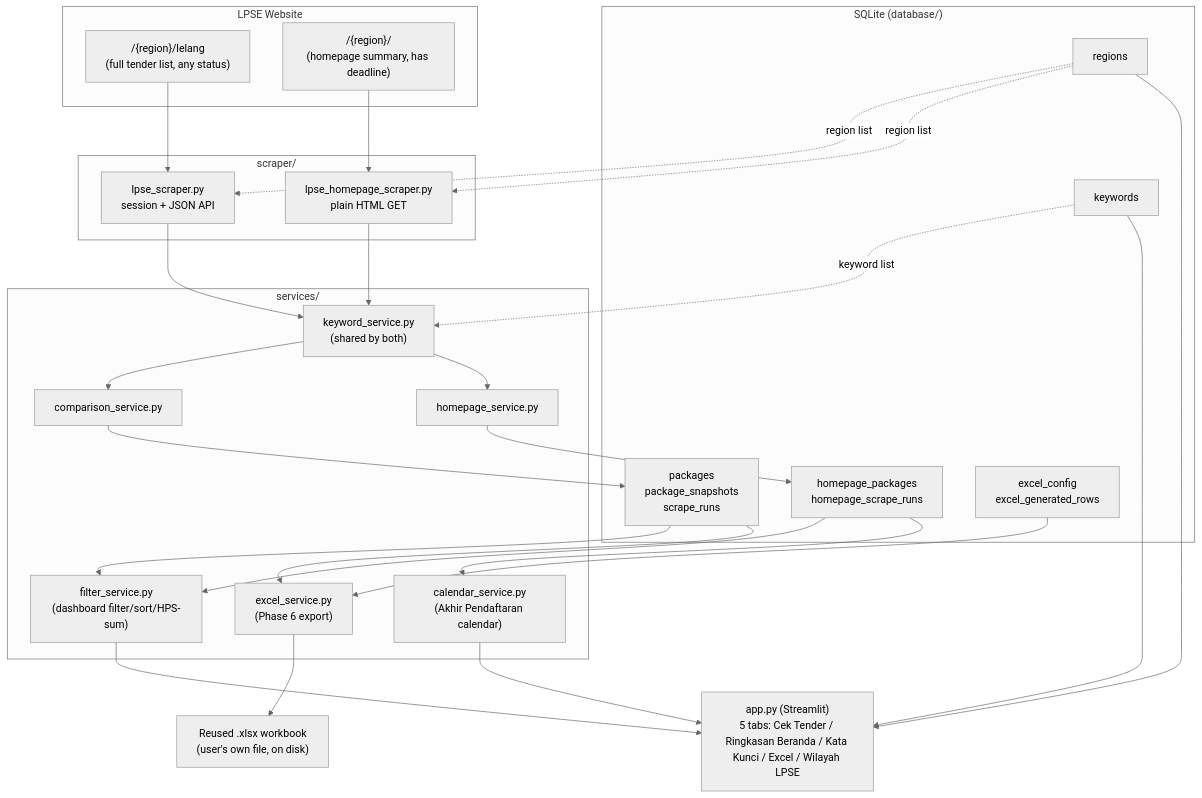
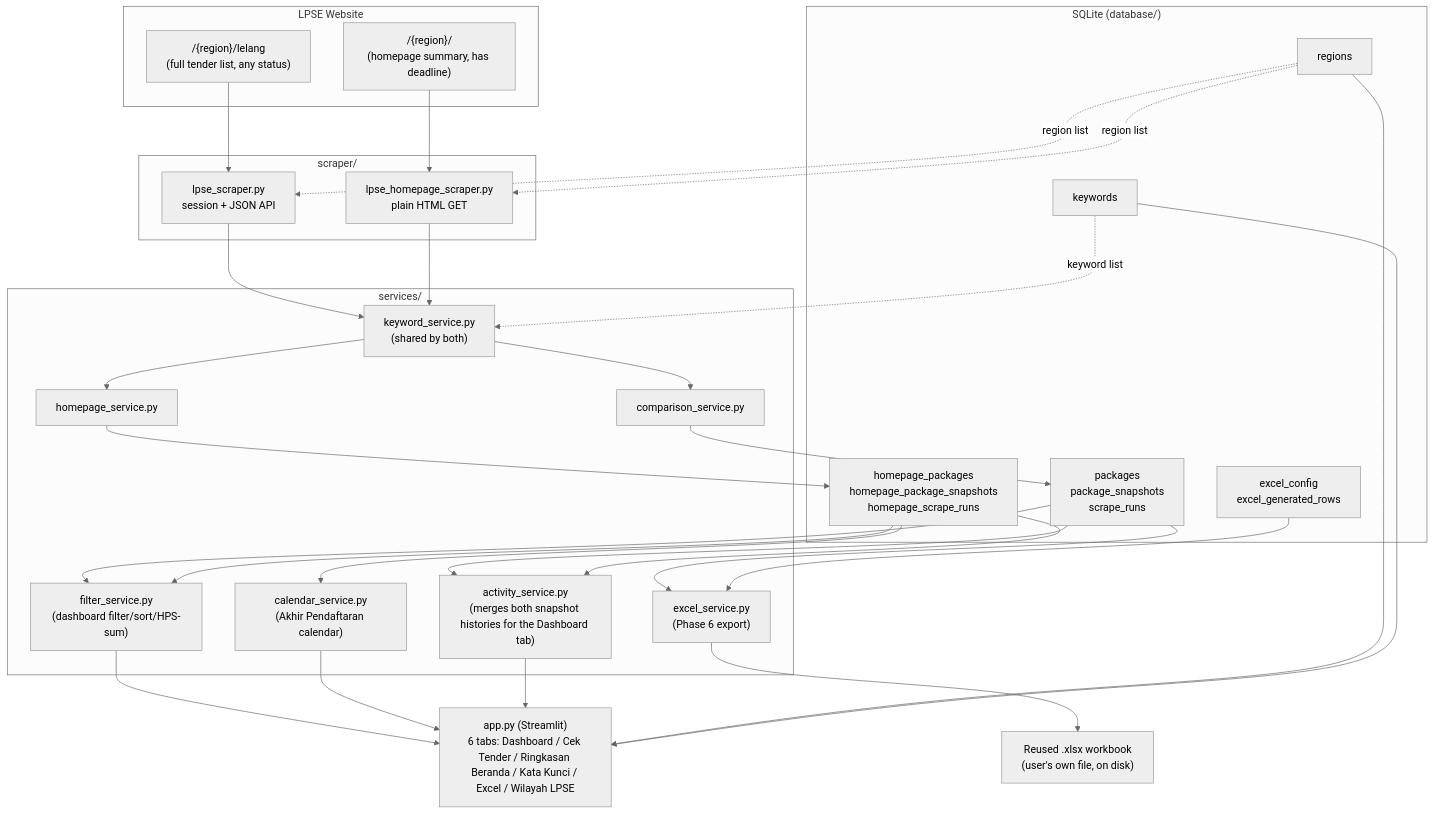
Before and after one commit to NikiNici123/kalla-aspal: the diagram in PROJECT_STATUS.md, drawn with Mermaid (neutral theme). The commit also changed other lines of this file and 25 other files, not shown here.

````diff
--- a/PROJECT_STATUS.md
+++ b/PROJECT_STATUS.md
@@ -27,45 +27,48 @@
 ```mermaid
 flowchart TB
     subgraph Sumber["LPSE Website"]
         A["/{region}/lelang<br/>(full tender list, any status)"]
         B["/{region}/<br/>(homepage summary, has deadline)"]
     end
 
     subgraph Scraper["scraper/"]
         SA["lpse_scraper.py<br/>session + JSON API"]
         SB["lpse_homepage_scraper.py<br/>plain HTML GET"]
     end
 
     subgraph Services["services/"]
         KW["keyword_service.py<br/>(shared by both)"]
         CA["comparison_service.py"]
         CB["homepage_service.py"]
         FS["filter_service.py<br/>(dashboard filter/sort/HPS-sum)"]
         CS["calendar_service.py<br/>(Akhir Pendaftaran calendar)"]
         ES["excel_service.py<br/>(Phase 6 export)"]
+        AS["activity_service.py<br/>(merges both snapshot histories for the Dashboard tab)"]
     end
 
     subgraph DB["SQLite (database/)"]
         TA["packages<br/>package_snapshots<br/>scrape_runs"]
-        TB["homepage_packages<br/>homepage_scrape_runs"]
+        TB["homepage_packages<br/>homepage_package_snapshots<br/>homepage_scrape_runs"]
         TC["regions"]
         TD["keywords"]
         TE["excel_config<br/>excel_generated_rows"]
     end
 
-    UI["app.py (Streamlit)<br/>5 tabs: Cek Tender / Ringkasan Beranda / Kata Kunci / Excel / Wilayah LPSE"]
+    UI["app.py (Streamlit)<br/>6 tabs: Dashboard / Cek Tender / Ringkasan Beranda / Kata Kunci / Excel / Wilayah LPSE"]
     XL["Reused .xlsx workbook<br/>(user's own file, on disk)"]
 
     A --> SA --> KW --> CA --> TA
     B --> SB --> KW --> CB --> TB
     TC -.region list.-> SA
     TC -.region list.-> SB
     TD -.keyword list.-> KW
     TA --> FS --> UI
     TB --> FS
     TB --> CS --> UI
     TA --> ES
     TE --> ES --> XL
+    TA --> AS
+    TB --> AS --> UI
     TC --> UI
     TD --> UI
 ```
````
